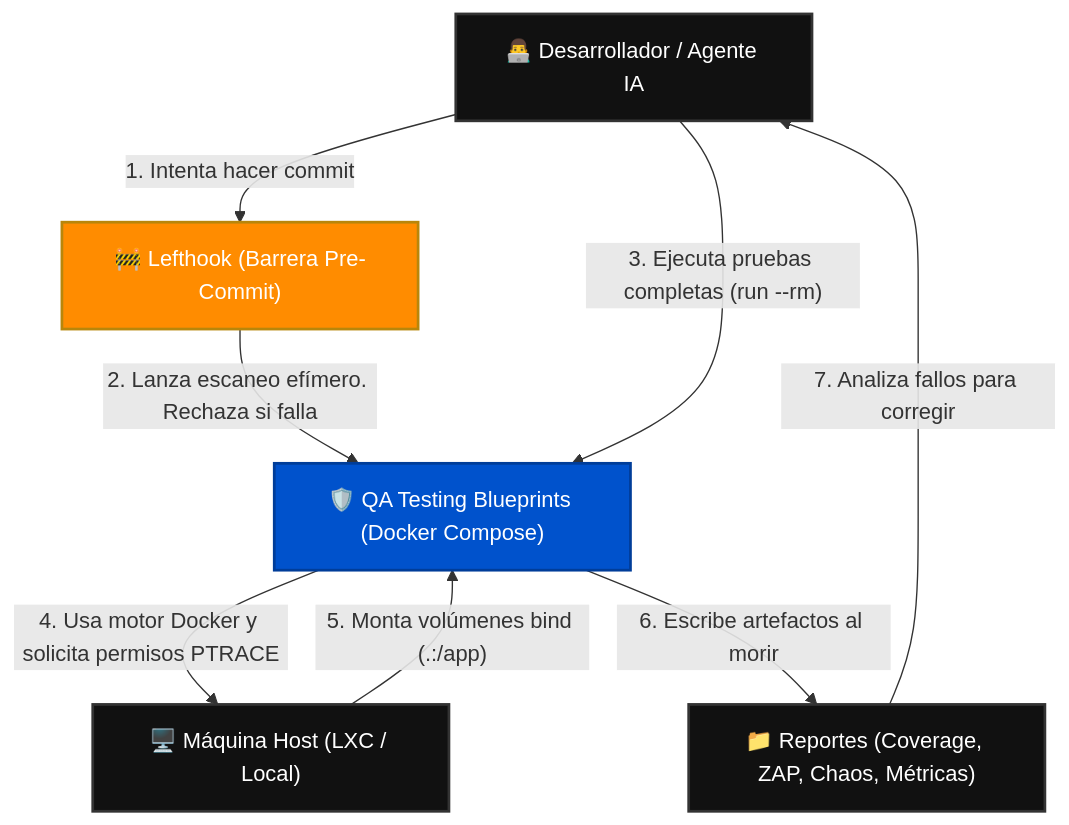
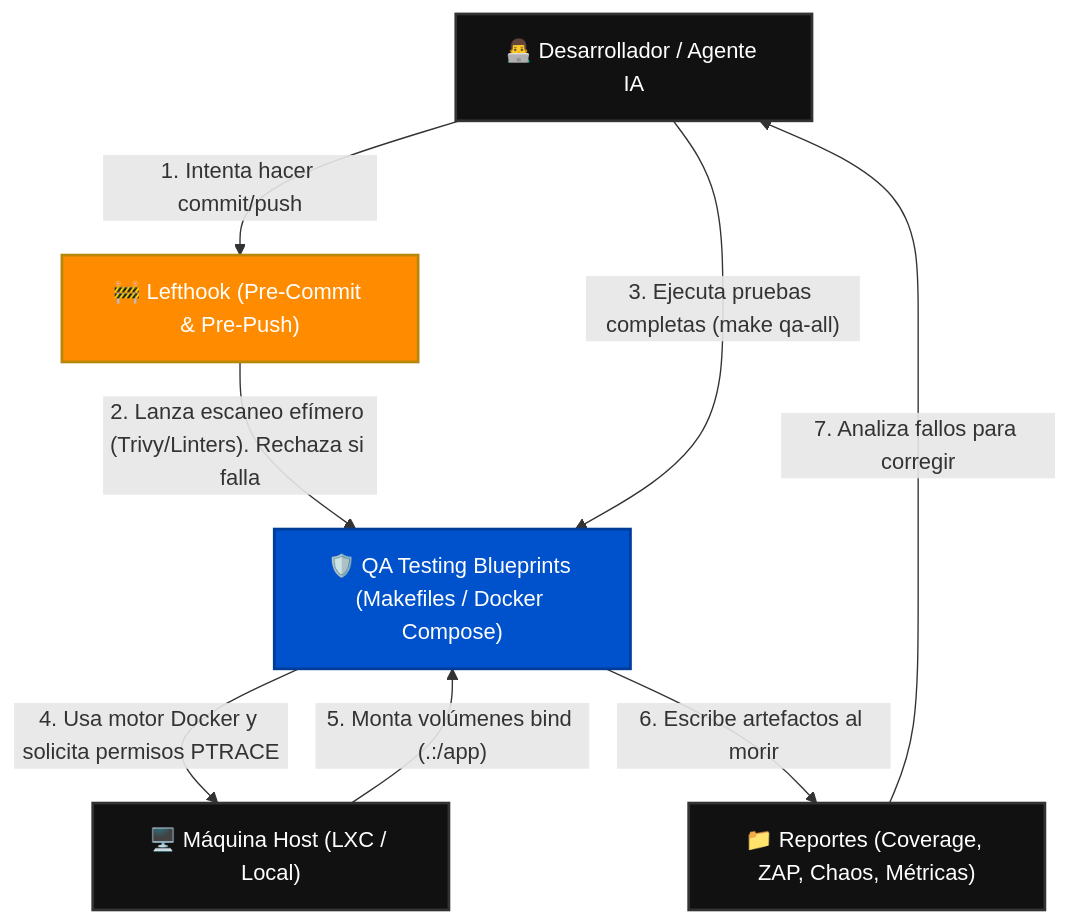
One commit to tecno-consultores/qa-testing-blueprints changed the first of 3 diagrams in docs/ARCHITECTURE_C4.md. Above: the diagram before and after it, drawn with Mermaid. The commit also changed other lines of this file and 8 other files, not shown here.

````diff
--- a/docs/ARCHITECTURE_C4.md
+++ b/docs/ARCHITECTURE_C4.md
@@ -10,24 +10,24 @@
 ```mermaid
 graph TD
     %% Entidades
     Dev["👨‍💻 Desarrollador / Agente IA"]
-    Hook["🚧 Lefthook (Barrera Pre-Commit)"]
-    QA["🛡️ QA Testing Blueprints (Docker Compose)"]
+    Hook["🚧 Lefthook (Pre-Commit & Pre-Push)"]
+    QA["🛡️ QA Testing Blueprints (Makefiles / Docker Compose)"]
     Host["🖥️ Máquina Host (LXC / Local)"]
     Reports["📁 Reportes (Coverage, ZAP, Chaos, Métricas)"]
 
     %% Relaciones
-    Dev -- "1. Intenta hacer commit" --> Hook
-    Hook -- "2. Lanza escaneo efímero. Rechaza si falla" --> QA
-    Dev -- "3. Ejecuta pruebas completas (run --rm)" --> QA
+    Dev -- "1. Intenta hacer commit/push" --> Hook
+    Hook -- "2. Lanza escaneo efímero (Trivy/Linters). Rechaza si falla" --> QA
+    Dev -- "3. Ejecuta pruebas completas (make qa-all)" --> QA
     QA -- "4. Usa motor Docker y solicita permisos PTRACE" --> Host
     Host -- "5. Monta volúmenes bind (.:/app)" --> QA
     QA -- "6. Escribe artefactos al morir" --> Reports
     Reports -- "7. Analiza fallos para corregir" --> Dev
 
     classDef default fill:#111,stroke:#333,stroke-width:2px,color:#fff;
     classDef highlight fill:#0052cc,stroke:#003d99,stroke-width:2px,color:#fff;
     classDef barrier fill:#ff8c00,stroke:#b8860b,stroke-width:2px,color:#fff;
     class QA highlight;
     class Hook barrier;
 ```
````
